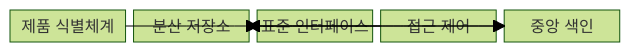
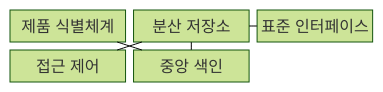
Before and after one commit to agnusdei1207/knowledge-base: the first of 2 diagrams in src/content/docs/notes/08-latest-tech/211_digital_product_passport.md, drawn with Mermaid (forest theme). The commit also changed other lines of this file and 53 other files, not shown here.

````diff
--- a/src/content/docs/notes/08-latest-tech/211_digital_product_passport.md
+++ b/src/content/docs/notes/08-latest-tech/211_digital_product_passport.md
@@ -51,13 +51,13 @@
 ```mermaid
 block-beta
-  columns 5
+  columns 3
   A["제품 식별체계"]
   B["분산 저장소"]
   C["표준 인터페이스"]
   D["접근 제어"]
   E["중앙 색인"]
-  A --> E
-  E --> B
-  C --> B
-  D --> B
+  A --- E
+  E --- B
+  C --- B
+  D --- B
 ```
````
